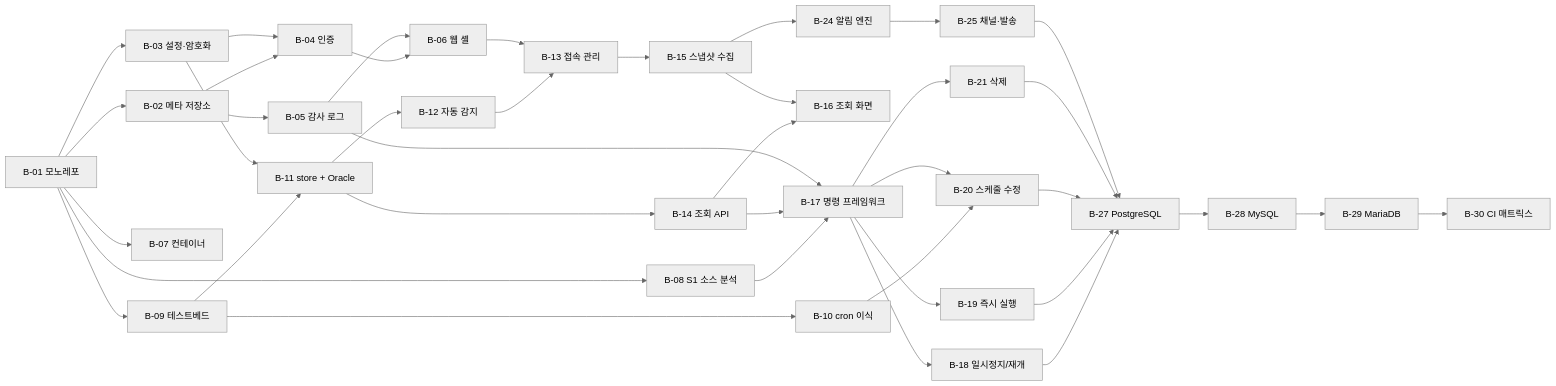
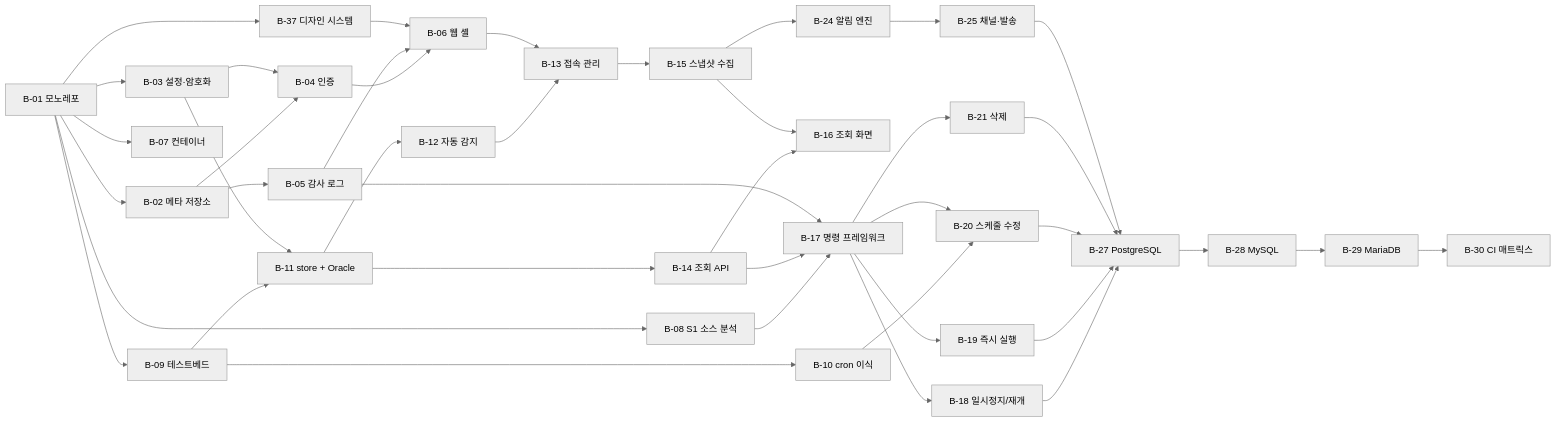
Before and after one commit to courage-work/quartz-admin: the diagram in docs/BACKLOG.md, drawn with Mermaid (neutral theme). The commit also changed other lines of this file and 54 other files, not shown here.

First line of the commit message:
feat(web): B-37 디자인 시스템

````diff
--- a/docs/BACKLOG.md
+++ b/docs/BACKLOG.md
@@ -74,34 +75,35 @@
 ```mermaid
 flowchart LR
   B01[B-01 모노레포] --> B02[B-02 메타 저장소] --> B04[B-04 인증]
   B01 --> B03[B-03 설정·암호화] --> B04
   B02 --> B05[B-05 감사 로그]
   B04 --> B06[B-06 웹 셸]
   B05 --> B06
+  B01 --> B37[B-37 디자인 시스템] --> B06
   B01 --> B07[B-07 컨테이너]
   B01 --> B08[B-08 S1 소스 분석]
   B01 --> B09[B-09 테스트베드]
   B09 --> B10[B-10 cron 이식]
   B09 --> B11[B-11 store + Oracle]
   B03 --> B11
   B11 --> B12[B-12 자동 감지]
   B12 --> B13[B-13 접속 관리]
   B06 --> B13
   B11 --> B14[B-14 조회 API]
   B13 --> B15[B-15 스냅샷 수집]
   B14 --> B16[B-16 조회 화면]
   B15 --> B16
   B08 --> B17[B-17 명령 프레임워크]
   B14 --> B17
   B05 --> B17
   B17 --> B18[B-18 일시정지/재개]
   B17 --> B19[B-19 즉시 실행]
   B10 --> B20[B-20 스케줄 수정]
   B17 --> B20
   B17 --> B21[B-21 삭제]
   B15 --> B24[B-24 알림 엔진]
   B24 --> B25[B-25 채널·발송]
   B18 & B19 & B20 & B21 & B25 --> B27[B-27 PostgreSQL]
   B27 --> B28[B-28 MySQL] --> B29[B-29 MariaDB]
   B29 --> B30[B-30 CI 매트릭스]
 ```
````
